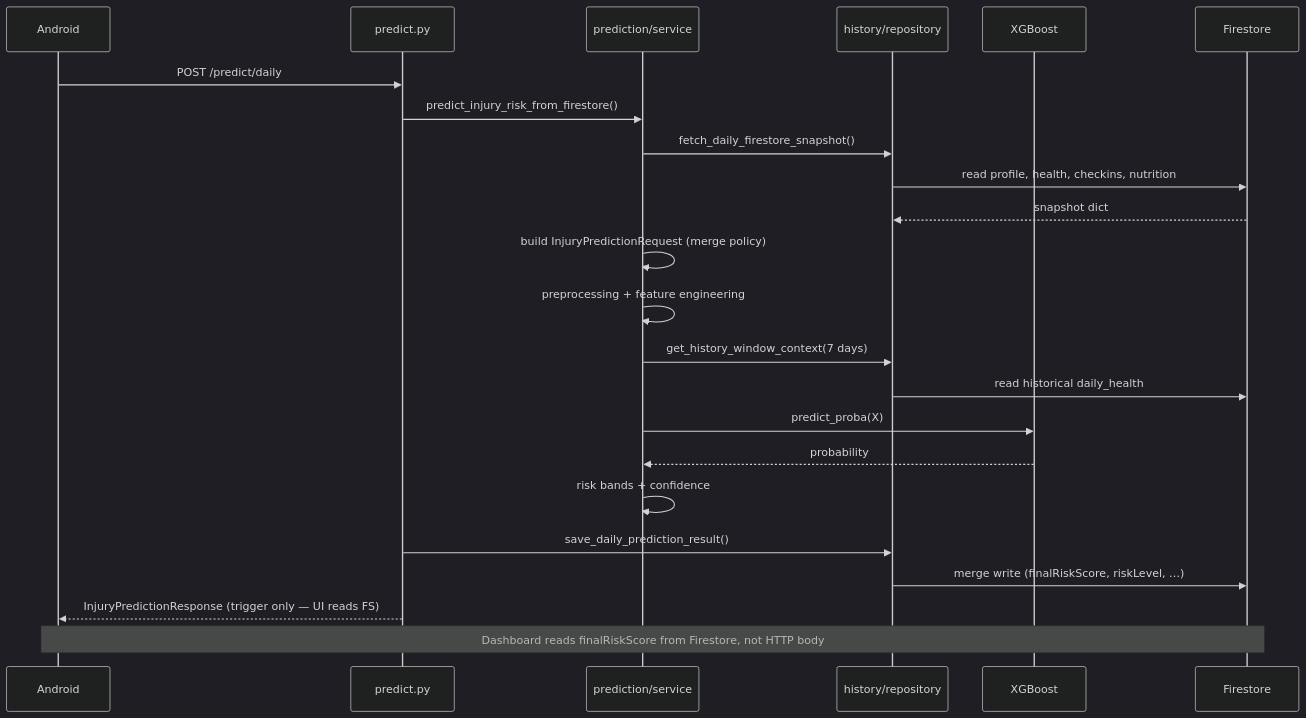
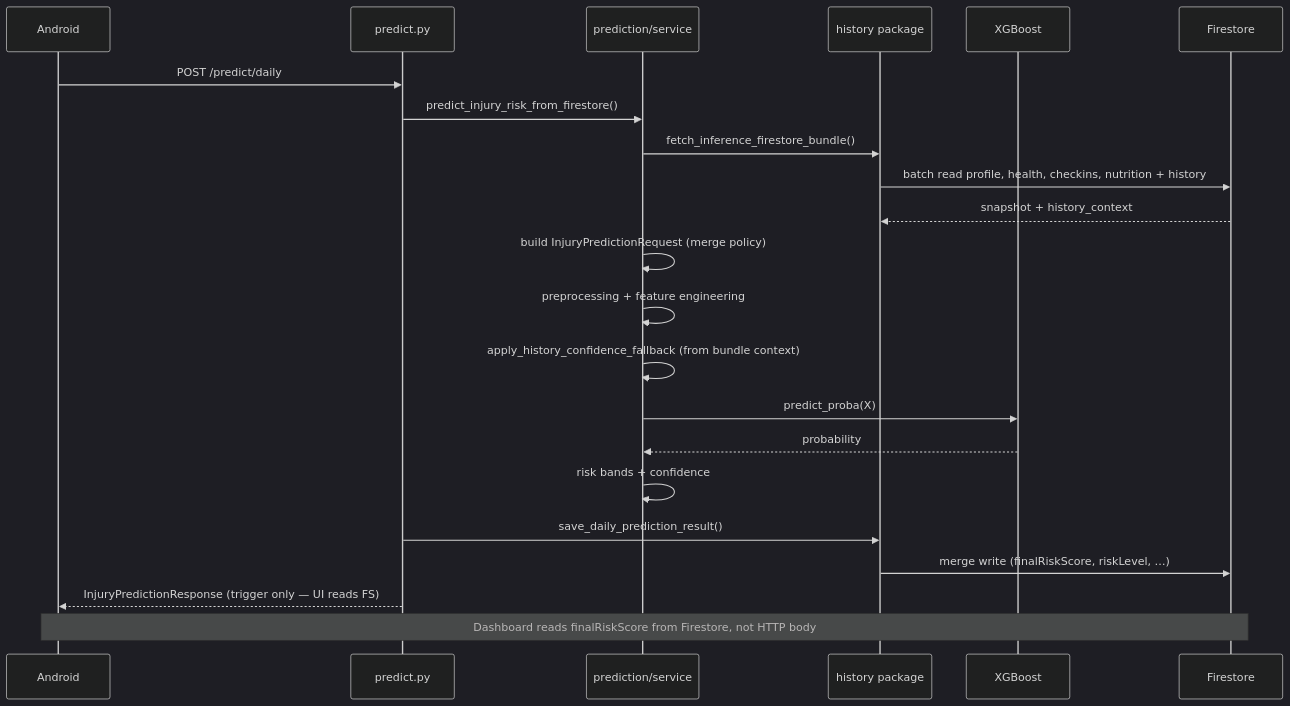
Before and after one commit to yahav97/final_project_AthleAgent: the third of 6 diagrams in backend/docs/HLD.md, drawn with Mermaid (dark theme). The commit also changed other lines of this file and 18 other files, not shown here.

````diff
--- a/backend/docs/HLD.md
+++ b/backend/docs/HLD.md
@@ -159,26 +159,25 @@
 ```mermaid
 sequenceDiagram
     participant Client as Android
     participant API as predict.py
     participant PS as prediction/service
-    participant HS as history/repository
+    participant HS as history package
     participant ML as XGBoost
     participant FS as Firestore
 
     Client->>API: POST /predict/daily
     API->>PS: predict_injury_risk_from_firestore()
-    PS->>HS: fetch_daily_firestore_snapshot()
-    HS->>FS: read profile, health, checkins, nutrition
-    FS-->>HS: snapshot dict
+    PS->>HS: fetch_inference_firestore_bundle()
+    HS->>FS: batch read profile, health, checkins, nutrition + history
+    FS-->>HS: snapshot + history_context
     PS->>PS: build InjuryPredictionRequest (merge policy)
     PS->>PS: preprocessing + feature engineering
-    PS->>HS: get_history_window_context(7 days)
-    HS->>FS: read historical daily_health
+    PS->>PS: apply_history_confidence_fallback (from bundle context)
     PS->>ML: predict_proba(X)
     ML-->>PS: probability
     PS->>PS: risk bands + confidence
     API->>HS: save_daily_prediction_result()
     HS->>FS: merge write (finalRiskScore, riskLevel, …)
     API-->>Client: InjuryPredictionResponse (trigger only — UI reads FS)
     Note over Client,FS: Dashboard reads finalRiskScore from Firestore, not HTTP body
 ```
````
